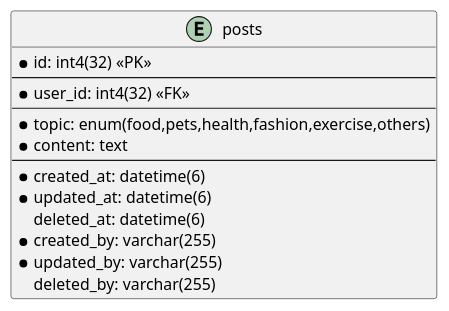
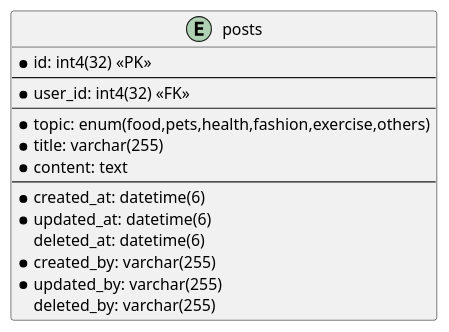
One commit to faithong-tati/talk-quarium changed the diagram in solution/schemas/posts.plantuml. Above: the diagram before and after it, drawn with PlantUML. The commit also changed 36 other files, not shown here.

```diff
--- a/solution/schemas/posts.plantuml
+++ b/solution/schemas/posts.plantuml
@@ -1,17 +1,18 @@
 @startuml posts
 entity posts {
   * id: int4(32) <<PK>>
   --
   * user_id: int4(32) <<FK>>
   --
   * topic: enum(food,pets,health,fashion,exercise,others)
+  * title: varchar(255)
   * content: text
   --
   * created_at: datetime(6)
   * updated_at: datetime(6)
   deleted_at: datetime(6)
   * created_by: varchar(255)
   * updated_by: varchar(255)
   deleted_by: varchar(255)
 }
 @enduml
```
